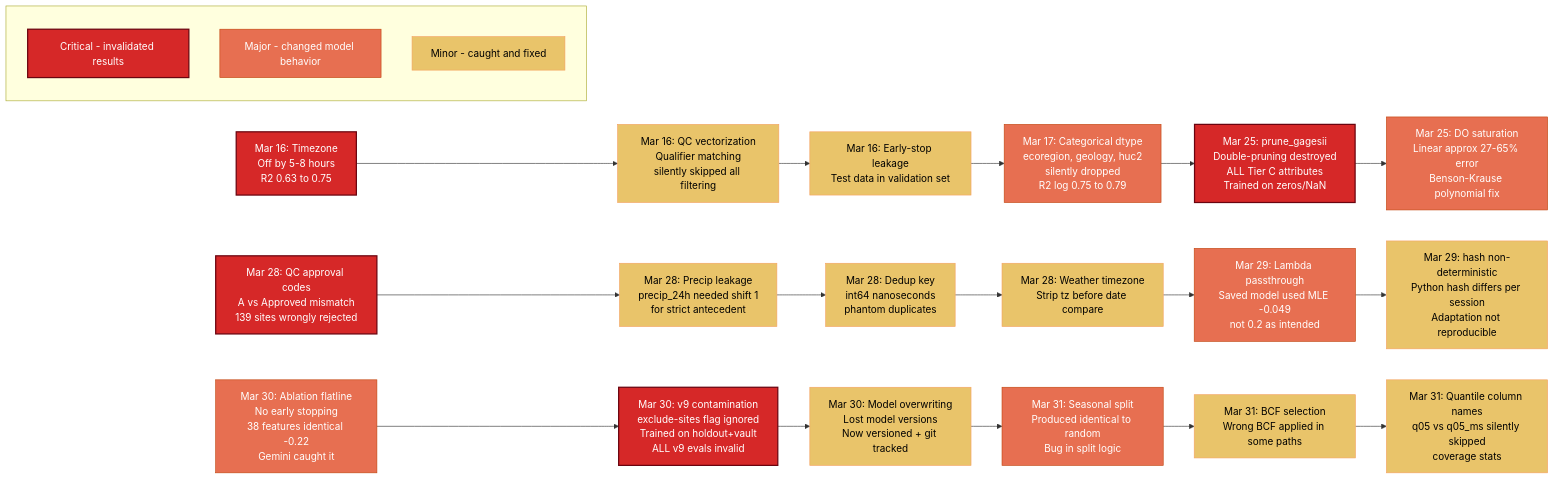
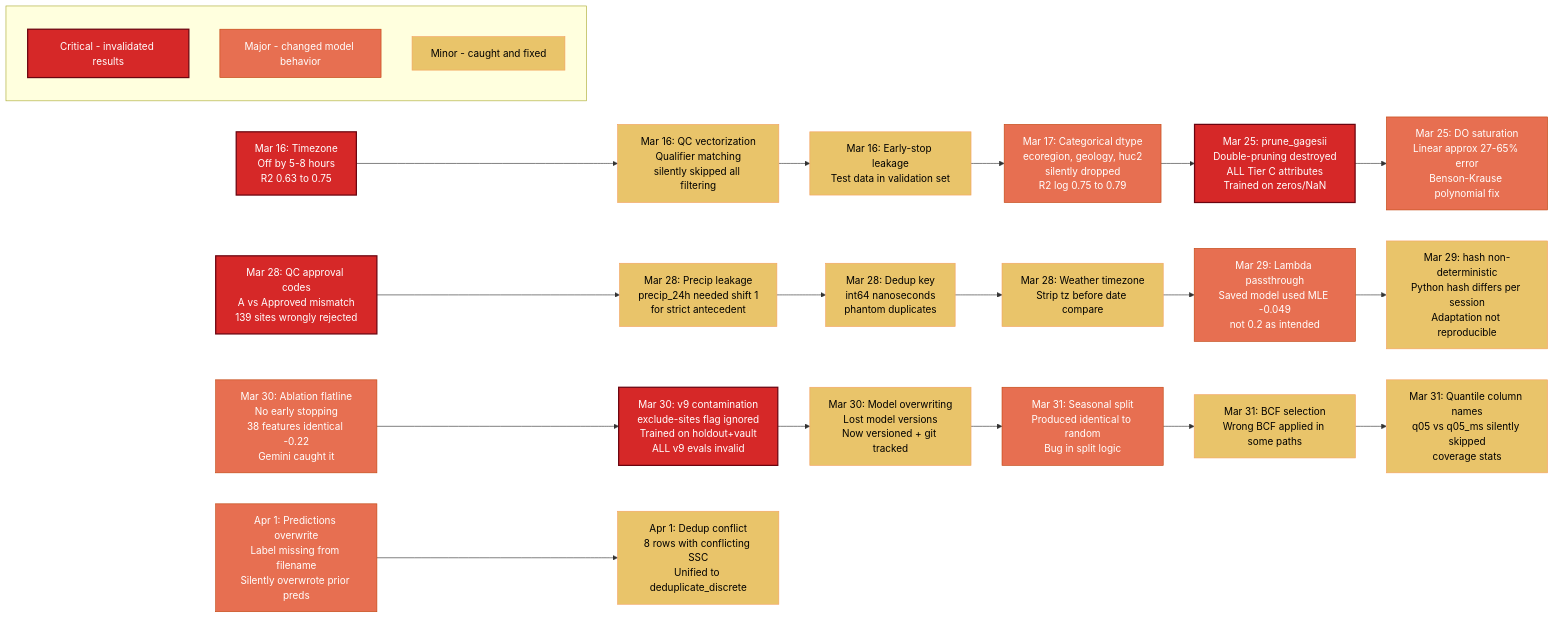
Before and after one commit to Whiteaeros/murkml: the diagram in dashboard/images/bug_timeline.mmd, drawn with Mermaid. The commit also changed 21 other files, not shown here.

```diff
--- a/dashboard/images/bug_timeline.mmd
+++ b/dashboard/images/bug_timeline.mmd
@@ -1,42 +1,47 @@
 graph LR
     B1["Mar 16: Timezone<br/>Off by 5-8 hours<br/>R2 0.63 to 0.75"]
     B2["Mar 16: QC vectorization<br/>Qualifier matching<br/>silently skipped all filtering"]
     B3["Mar 16: Early-stop leakage<br/>Test data in validation set"]
     B4["Mar 17: Categorical dtype<br/>ecoregion, geology, huc2<br/>silently dropped<br/>R2 log 0.75 to 0.79"]
     B5["Mar 25: prune_gagesii<br/>Double-pruning destroyed<br/>ALL Tier C attributes<br/>Trained on zeros/NaN"]
     B6["Mar 25: DO saturation<br/>Linear approx 27-65% error<br/>Benson-Krause polynomial fix"]
     B7["Mar 28: QC approval codes<br/>A vs Approved mismatch<br/>139 sites wrongly rejected"]
     B8["Mar 28: Precip leakage<br/>precip_24h needed shift 1<br/>for strict antecedent"]
     B9["Mar 28: Dedup key<br/>int64 nanoseconds<br/>phantom duplicates"]
     B10["Mar 28: Weather timezone<br/>Strip tz before date compare"]
     B11["Mar 29: Lambda passthrough<br/>Saved model used MLE -0.049<br/>not 0.2 as intended"]
     B12["Mar 29: hash non-deterministic<br/>Python hash differs per session<br/>Adaptation not reproducible"]
     B13["Mar 30: Ablation flatline<br/>No early stopping<br/>38 features identical -0.22<br/>Gemini caught it"]
     B14["Mar 30: v9 contamination<br/>exclude-sites flag ignored<br/>Trained on holdout+vault<br/>ALL v9 evals invalid"]
     B15["Mar 30: Model overwriting<br/>Lost model versions<br/>Now versioned + git tracked"]
     B16["Mar 31: Seasonal split<br/>Produced identical to random<br/>Bug in split logic"]
     B17["Mar 31: BCF selection<br/>Wrong BCF applied in some paths"]
     B18["Mar 31: Quantile column names<br/>q05 vs q05_ms silently skipped<br/>coverage stats"]
 
     B1 --> B2 --> B3 --> B4 --> B5 --> B6
     B7 --> B8 --> B9 --> B10 --> B11 --> B12
+    B19["Apr 1: Predictions overwrite<br/>Label missing from filename<br/>Silently overwrote prior preds"]
+    B20["Apr 1: Dedup conflict<br/>8 rows with conflicting SSC<br/>Unified to deduplicate_discrete"]
+
     B13 --> B14 --> B15 --> B16 --> B17 --> B18
+    B19 --> B20
 
     subgraph BUGLEGEND [" "]
         direction TB
         BL1["Critical - invalidated results"]
         BL2["Major - changed model behavior"]
         BL3["Minor - caught and fixed"]
     end
 
     classDef critical fill:#d62828,stroke:#6a040f,color:#fff,stroke-width:2px
     classDef major fill:#e76f51,stroke:#c1440e,color:#fff
     classDef minor fill:#e9c46a,stroke:#f4a261,color:#000
 
     class BL1 critical
     class BL2 major
     class BL3 minor
 
     class B1,B5,B7,B14 critical
     class B4,B6,B11,B13,B16 major
-    class B2,B3,B8,B9,B10,B12,B15,B17,B18 minor
+    class B2,B3,B8,B9,B10,B12,B15,B17,B18,B20 minor
+    class B19 major
```
